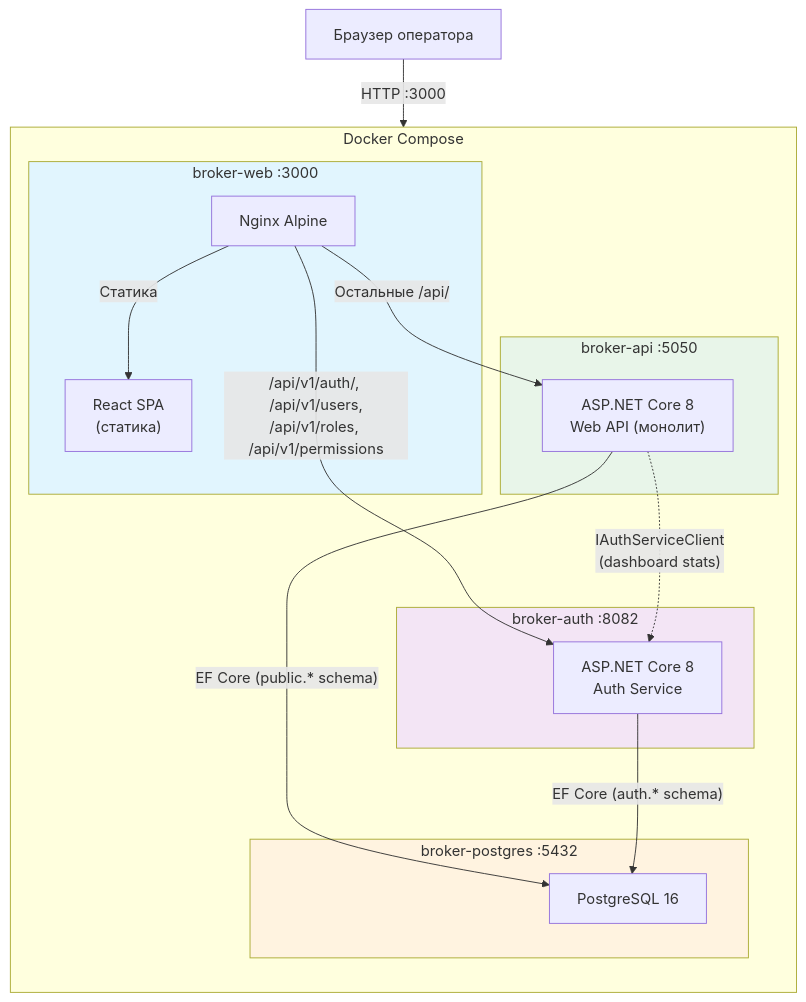
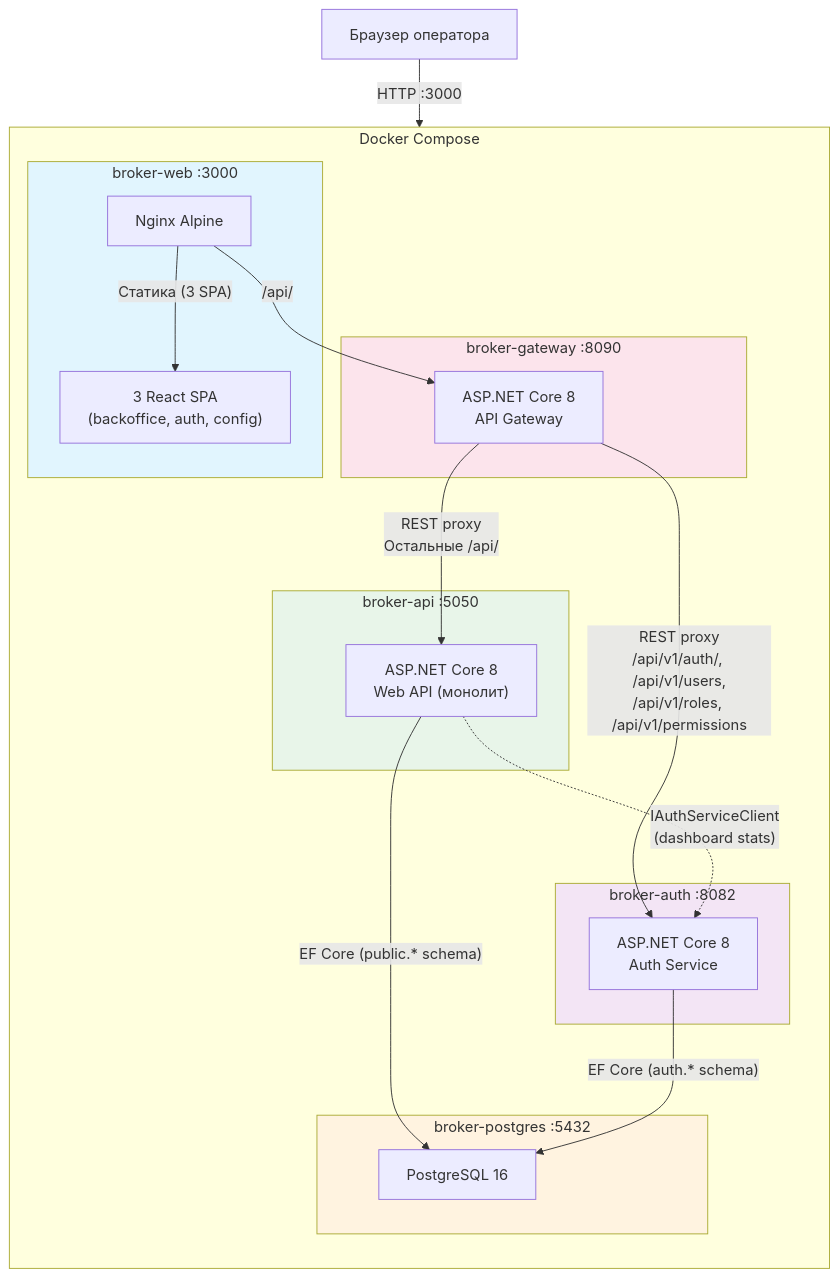
One commit to bebeleeloo/backoffice changed the second of 5 diagrams in docs/architecture/02-system-context.md. Above: the diagram before and after it, drawn with Mermaid. The commit also changed other lines of this file and 402 other files, not shown here.

First line of the commit message:
Split frontend into 3 SPAs (backoffice, auth, config) with API Gateway

````diff
--- a/docs/architecture/02-system-context.md
+++ b/docs/architecture/02-system-context.md
@@ -21,36 +21,42 @@
 ```mermaid
 flowchart TB
     subgraph Docker["Docker Compose"]
         direction TB
 
         subgraph web["broker-web :3000"]
             nginx["Nginx Alpine"]
-            spa["React SPA<br/>(статика)"]
+            spa["3 React SPA<br/>(backoffice, auth, config)"]
+        end
+
+        subgraph gw["broker-gateway :8090"]
+            gateway["ASP.NET Core 8<br/>API Gateway"]
         end
 
         subgraph auth["broker-auth :8082"]
             authsvc["ASP.NET Core 8<br/>Auth Service"]
         end
 
         subgraph api["broker-api :5050"]
             dotnet["ASP.NET Core 8<br/>Web API (монолит)"]
         end
 
         subgraph db["broker-postgres :5432"]
             postgres["PostgreSQL 16"]
         end
     end
 
     browser["Браузер оператора"] -->|"HTTP :3000"| nginx
-    nginx -->|"Статика"| spa
-    nginx -->|"/api/v1/auth/, /api/v1/users,<br/>/api/v1/roles, /api/v1/permissions"| authsvc
-    nginx -->|"Остальные /api/"| dotnet
+    nginx -->|"Статика (3 SPA)"| spa
+    nginx -->|"/api/"| gateway
+    gateway -->|"REST proxy<br/>/api/v1/auth/, /api/v1/users,<br/>/api/v1/roles, /api/v1/permissions"| authsvc
+    gateway -->|"REST proxy<br/>Остальные /api/"| dotnet
     dotnet -->|"EF Core (public.* schema)"| postgres
     authsvc -->|"EF Core (auth.* schema)"| postgres
     dotnet -.->|"IAuthServiceClient<br/>(dashboard stats)"| authsvc
 
     style web fill:#e1f5fe
+    style gw fill:#fce4ec
     style auth fill:#f3e5f5
     style api fill:#e8f5e9
     style db fill:#fff3e0
 ```
````
